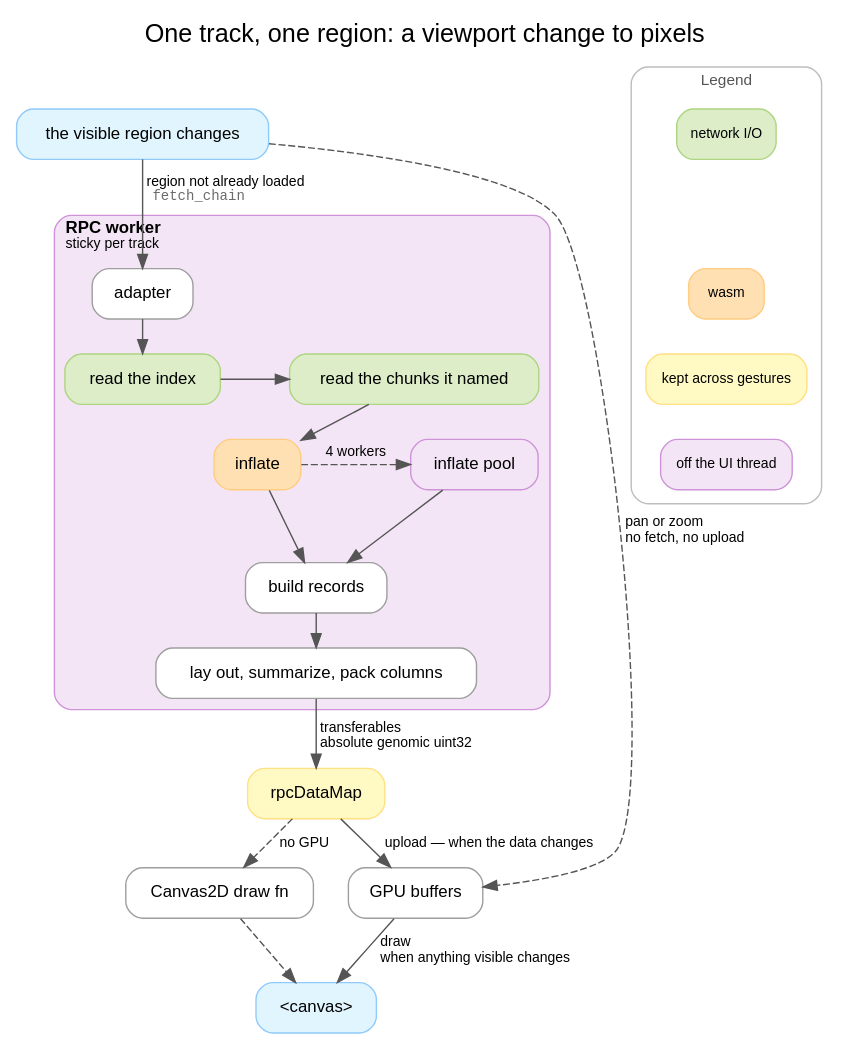
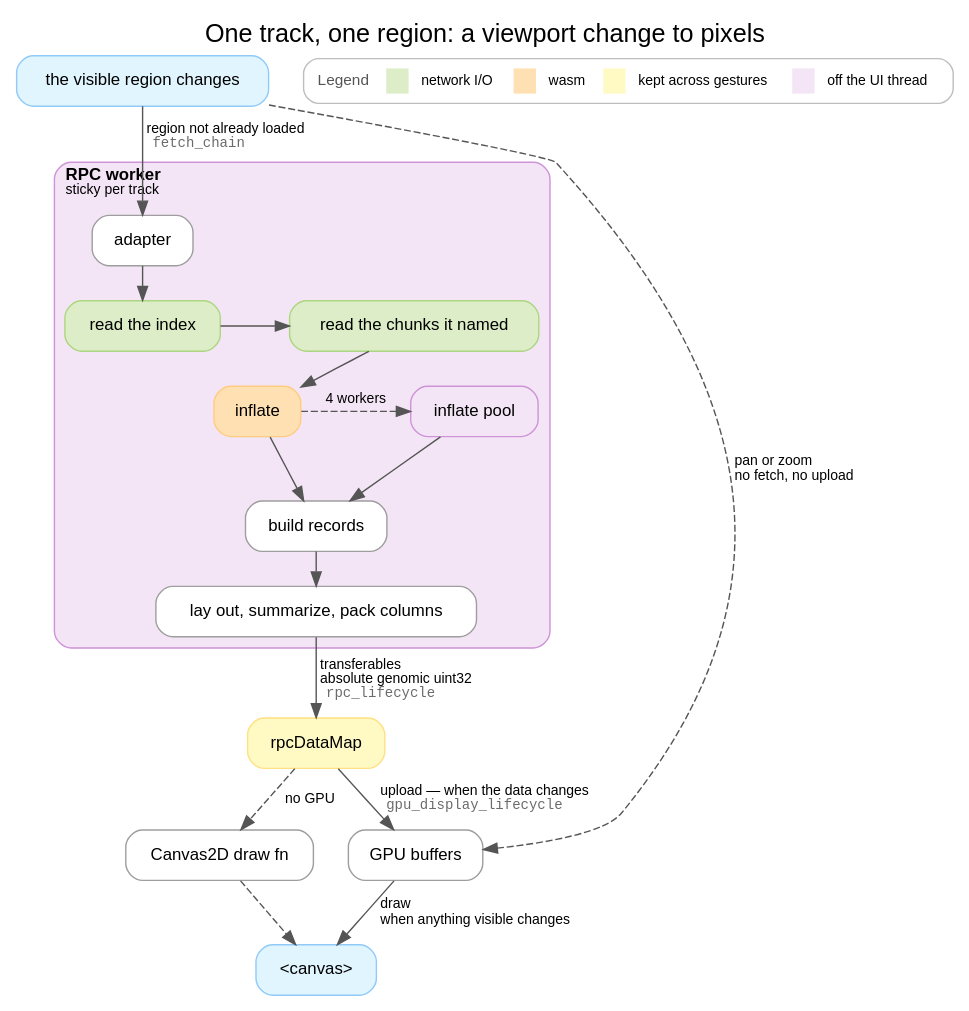
The diagram in website/diagrams/dataflow.dot (GMOD/jbrowse-components), drawn with Graphviz before and after one commit. The commit also changed 4 other files, not shown here.

```diff
--- a/website/diagrams/dataflow.dot
+++ b/website/diagrams/dataflow.dot
@@ -1,139 +1,155 @@
 // Source for /img/dataflow.png, embedded by docs/developer_guides/dataflow.md.
 //
 // THE WHOLE PATH, ONE TRACK, ONE REGION — a viewport change to pixels. Three
 // other diagrams already draw a segment of it in full, and this one exists
 // because none of them says where the segments meet:
 //
 //   fetch_chain.dot          the fetch DECISION, in detail. It is one edge here
 //                            ("region not already loaded"), and that edge's
 //                            debounce, byte gate, staleness check and
 //                            generation counter are its whole figure.
 //   rpc_lifecycle.dot        the worker BOUNDARY, in detail — the serialize and
 //                            deserialize hooks this draws as one crossing.
 //   gpu_display_lifecycle    the two autoruns, in detail. Here they are the two
 //     .dot                   labelled edges out of rpcDataMap.
 //
 // So a node here is a whole figure there, and the rule for what to add is
-// whether it changes where the segments meet.
+// whether it changes where the segments meet. Each of the three is NAMED in
+// courier on the edge it details, so a reader who wants the detail of a
+// crossing can read the figure's name off the crossing.
 //
 // THE ARROWS CARRY THE IDEA, as in gpu_display_tldr.dot. The one edge a reader
 // should leave with is the dashed `view -> gpu`: a pan or a zoom re-enters at
 // the buffers that are already on the card. Every mechanism in the three
 // detailed figures exists to keep that edge available.
 //
 // COLOUR MEANS SOMETHING HERE, which it does not in the site's other diagrams —
 // they use the palette to separate a cluster from its surroundings. A legend
 // buys that back, and the four meanings are the ones a reader of this pipeline
 // asks about: what touches the network, what is wasm, what survives the next
 // gesture, and what is off the UI thread.
 //
 // The four are the same four @gmod/bam's docs/img/dataflow.dot uses, in the
 // site's Material tints rather than its Primer ones, deliberately: the BAM
 // adapter node here IS that figure, so a reader who follows the link should
 // find green still meaning I/O. tabix-js, cram-js and hic share the legend too.
 //
 // MAIN PATH ONLY. Left out, and named in the page instead: the text-search
 // index, the assembly/refName load that precedes any of this, `renderSvg` (an
 // export runs the same Canvas2D function, which is why that node is on the
 // figure while the export is not), and every non-LGV view — synteny and dotplot
 // own their fetch and share one canvas across displays.
 digraph dataflow {
   rankdir=TB
   labelloc=t
   fontname="Helvetica"
   fontsize=18
   label="One track, one region: a viewport change to pixels"
   nodesep=0.35
   ranksep=0.34
 
   node [shape=box style="filled,rounded" fillcolor="#ffffff" color="#9e9e9e"
         fontname="Helvetica" fontsize=12 margin="0.16,0.08"]
   edge [color="#555555" fontname="Helvetica" fontsize=10]
 
   view [label="the visible region changes" fillcolor="#e1f5fe" color="#90caf9"]
 
   // The RPC worker is a box rather than a fill because the boundary is the
   // subject of half the page under it, and because the pool inside it is then
   // legibly a pool WITHIN a worker — which is the fact that makes it nested
   // workers, and the reason it can silently not exist.
   subgraph cluster_worker {
     label=<<b>RPC worker</b><br align="left"/><font point-size="10">sticky per track</font><br align="left"/>>
     labelloc=t
     labeljust=l
     fontname="Helvetica"
     fontsize=12
     style="filled,rounded"
     fillcolor="#f3e5f5"
     color="#ce93d8"
 
     adapter [label="adapter"]
     index   [label="read the index" fillcolor="#dcedc8" color="#aed581"]
     range   [label="read the chunks it named" fillcolor="#dcedc8" color="#aed581"]
     inflate [label="inflate" fillcolor="#ffe0b2" color="#ffcc80"]
     pool    [label="inflate pool" fillcolor="#f3e5f5" color="#ce93d8"]
     parse   [label="build records"]
     compute [label="lay out, summarize, pack columns"]
 
     // Two horizontal pairs, which is what keeps a twelve-step pipeline from
     // rendering as a strip too tall to read at column width. Each pair is a
     // step and something beside it: the index read and the chunk reads are one
     // trip to the file, and the pool takes the same blocks `inflate` would have
     // done itself and hands them back to the same `build records`.
     //
     // Safe because both members of each pair are inside this cluster — a
     // rankset spanning the border EVICTS the member that is inside it (see
     // rpc_lifecycle.dot).
     { rank=same; index; range }
     { rank=same; inflate; pool }
   }
 
   data    [label="rpcDataMap" fillcolor="#fff9c4" color="#ffe082"]
   // Declared (and edged) before `gpu` so dot puts the Canvas2D branch on the
   // LEFT and the GPU buffers on the right, under the pan/zoom edge's own
   // descent. The other order costs a crossing right where the reader is trying
   // to see which of the two boxes that edge arrives at.
   draw2d  [label="Canvas2D draw fn"]
   gpu     [label="GPU buffers"]
   screen  [label="<canvas>" fillcolor="#e1f5fe" color="#90caf9"]
 
   view -> adapter [label=<  region not already loaded<br align="left"/>  <font face="Courier" color="#6b6b6b">fetch_chain</font><br align="left"/>>]
   adapter -> index
   index -> range
   range -> inflate
   inflate -> pool [style=dashed label=" 4 workers "]
   pool -> parse
   inflate -> parse
   parse -> compute
-  compute -> data [label=<  transferables<br align="left"/>  absolute genomic uint32<br align="left"/>>]
+  compute -> data [label=<  transferables<br align="left"/>  absolute genomic uint32<br align="left"/>  <font face="Courier" color="#6b6b6b">rpc_lifecycle</font><br align="left"/>>]
 
   // The floor, and the reason it is drawn: an SVG export runs this same
   // function, so on-screen and exported pixels cannot drift. Dashed because a
   // display with a working GPU backend does not take it.
   data -> draw2d [style=dashed label=" no GPU "]
   draw2d -> screen [style=dashed]
 
-  data -> gpu [label=" upload — when the data changes "]
+  data -> gpu [label=<  upload — when the data changes<br align="left"/>  <font face="Courier" color="#6b6b6b">gpu_display_lifecycle</font><br align="left"/>>]
   gpu -> screen [label=<  draw<br align="left"/>  when anything visible changes<br align="left"/>>]
 
   // The edge the figure is for. constraint=false so closing the loop does not
   // pull `gpu` up a rank and cross the chain it belongs to.
   view -> gpu [style=dashed constraint=false
                label=<  pan or zoom<br align="left"/>  no fetch, no upload<br align="left"/>>]
 
-  subgraph cluster_legend {
-    label="Legend"
-    labelloc="t"
-    fontname="Helvetica"
-    fontsize=11
-    fontcolor="#555555"
-    color="#bdbdbd"
-    style="rounded"
-    margin=10
-    node [shape=box style="filled,rounded" fontsize=10 margin="0.1,0.05"]
-    l1 [label="network I/O" fillcolor="#dcedc8" color="#aed581"]
-    l2 [label="wasm" fillcolor="#ffe0b2" color="#ffcc80"]
-    l3 [label="kept across gestures" fillcolor="#fff9c4" color="#ffe082"]
-    l4 [label="off the UI thread" fillcolor="#f3e5f5" color="#ce93d8"]
-    l1 -> l2 -> l3 -> l4 [style=invis]
-  }
+  // One node holding a table, and the table is a ROW.
+  //
+  // Four nodes chained by invisible edges — the shape this was — take four
+  // RANKS, and dot aligns those with the pipeline's own, so the legend stretched
+  // down the full height of the figure with the gaps between its swatches set by
+  // whatever node happened to sit beside each one.
+  //
+  // A table is laid out inside its node, which fixes that, but a column of four
+  // rows is then one tall node in one rank and adds its whole height to the
+  // figure (+150px, measured). Laid out as a row it sits beside the entry point
+  // in a rank that was mostly empty, and costs nothing in either direction.
+  //
+  // `pack=true` is the other standard answer for a legend as a disconnected
+  // component, and it is wrong here: it lays each component out separately and
+  // drops every edge label on the way, which is most of this figure's content.
+  legend [shape=plaintext margin=0 label=<
+    <table border="1" style="rounded" cellborder="0" cellspacing="6" cellpadding="3" color="#bdbdbd">
+      <tr>
+        <td><font point-size="11" color="#555555">Legend</font></td>
+        <td bgcolor="#dcedc8" width="16"></td><td align="left"><font point-size="10">network I/O</font></td>
+        <td bgcolor="#ffe0b2" width="16"></td><td align="left"><font point-size="10">wasm</font></td>
+        <td bgcolor="#fff9c4" width="16"></td><td align="left"><font point-size="10">kept across gestures</font></td>
+        <td bgcolor="#f3e5f5" width="16"></td><td align="left"><font point-size="10">off the UI thread</font></td>
+      </tr>
+    </table>>]
+
+  // Beside the entry point, which is where a reader first meets a colour. Safe
+  // as a rankset because neither member is inside a cluster.
+  { rank=same; view; legend }
+
 }
```
